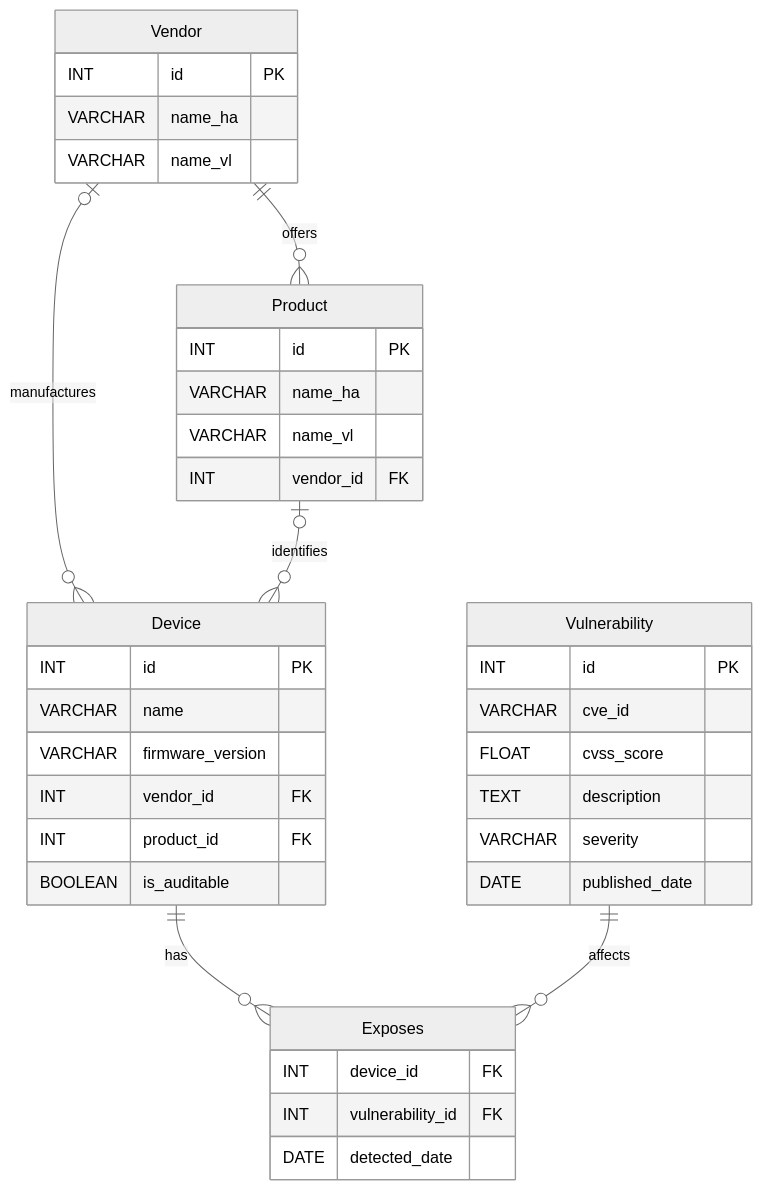
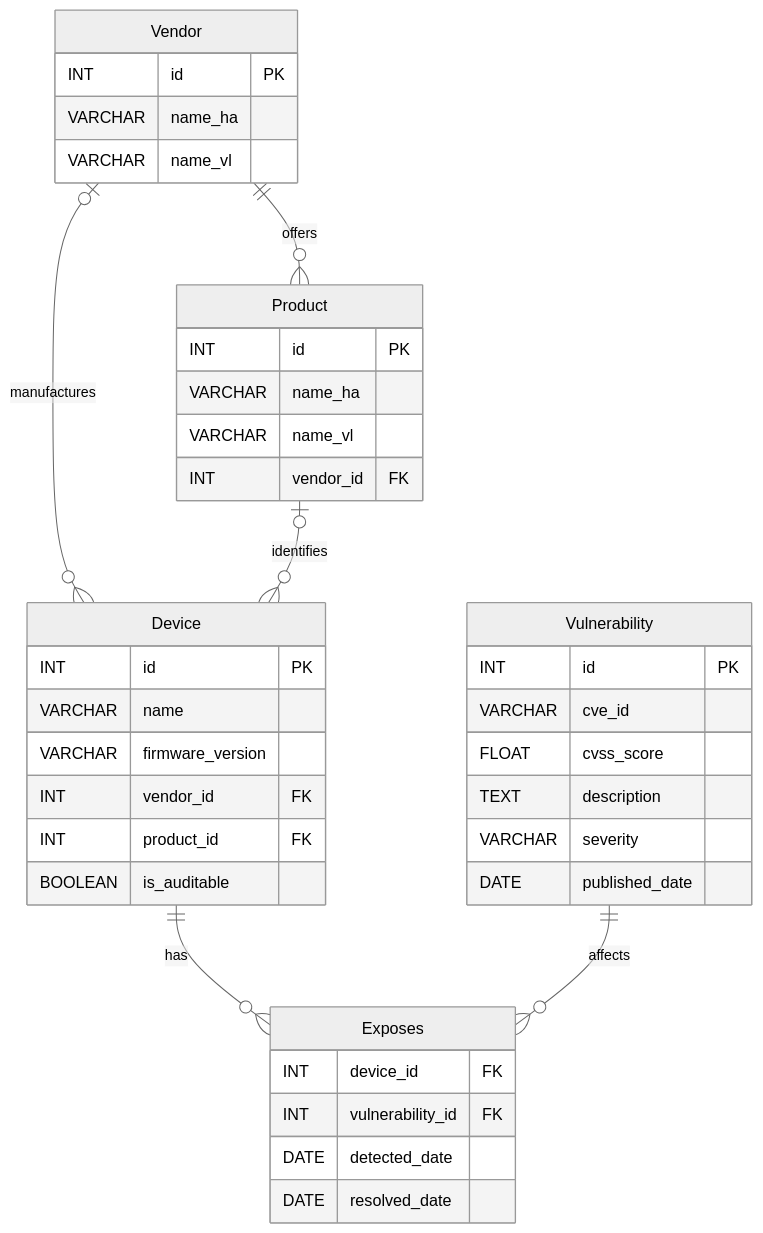
Before and after one commit to ErinSAZ/IoT-VulnMap: the diagram in README.md, drawn with Mermaid (neutral theme). The commit also changed 5 other files, not shown here.

````diff
--- a/README.md
+++ b/README.md
@@ -111,40 +111,41 @@
 ```mermaid
 erDiagram
     Vendor {
-        INT id PK
-        VARCHAR name_ha
-        VARCHAR name_vl
+    INT id PK
+    VARCHAR name_ha
+    VARCHAR name_vl
     }
     Product {
-        INT id PK
-        VARCHAR name_ha
-        VARCHAR name_vl
-        INT vendor_id FK
+    INT id PK
+    VARCHAR name_ha
+    VARCHAR name_vl
+    INT vendor_id FK
     }
     Device {
-        INT id PK
-        VARCHAR name
-        VARCHAR firmware_version
-        INT vendor_id FK
-        INT product_id FK
-        BOOLEAN is_auditable
+    INT id PK
+    VARCHAR name
+    VARCHAR firmware_version
+    INT vendor_id FK
+    INT product_id FK
+    BOOLEAN is_auditable
     }
     Vulnerability {
-        INT id PK
-        VARCHAR cve_id
-        FLOAT cvss_score
-        TEXT description
-        VARCHAR severity
-        DATE published_date
+    INT id PK
+    VARCHAR cve_id
+    FLOAT cvss_score
+    TEXT description
+    VARCHAR severity
+    DATE published_date
     }
     Exposes {
-        INT device_id FK
-        INT vulnerability_id FK
-        DATE detected_date
+    INT device_id FK
+    INT vulnerability_id FK
+    DATE detected_date
+    DATE resolved_date
     }
-    Vendor ||--o{ Product: "offers"
-    Vendor |o--o{ Device: "manufactures"
-    Product |o--o{ Device: "identifies"
-    Device ||--o{ Exposes: "has"
-    Vulnerability ||--o{ Exposes: "affects"
+    Vendor ||--o{ Product : "offers"
+    Vendor |o--o{ Device : "manufactures"
+    Product |o--o{ Device : "identifies"
+    Device ||--o{ Exposes : "has"
+    Vulnerability ||--o{ Exposes : "affects"
 ```
````
